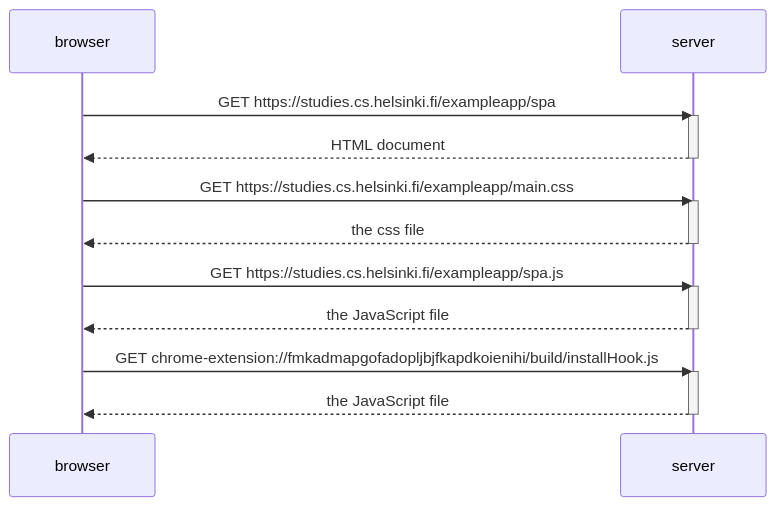
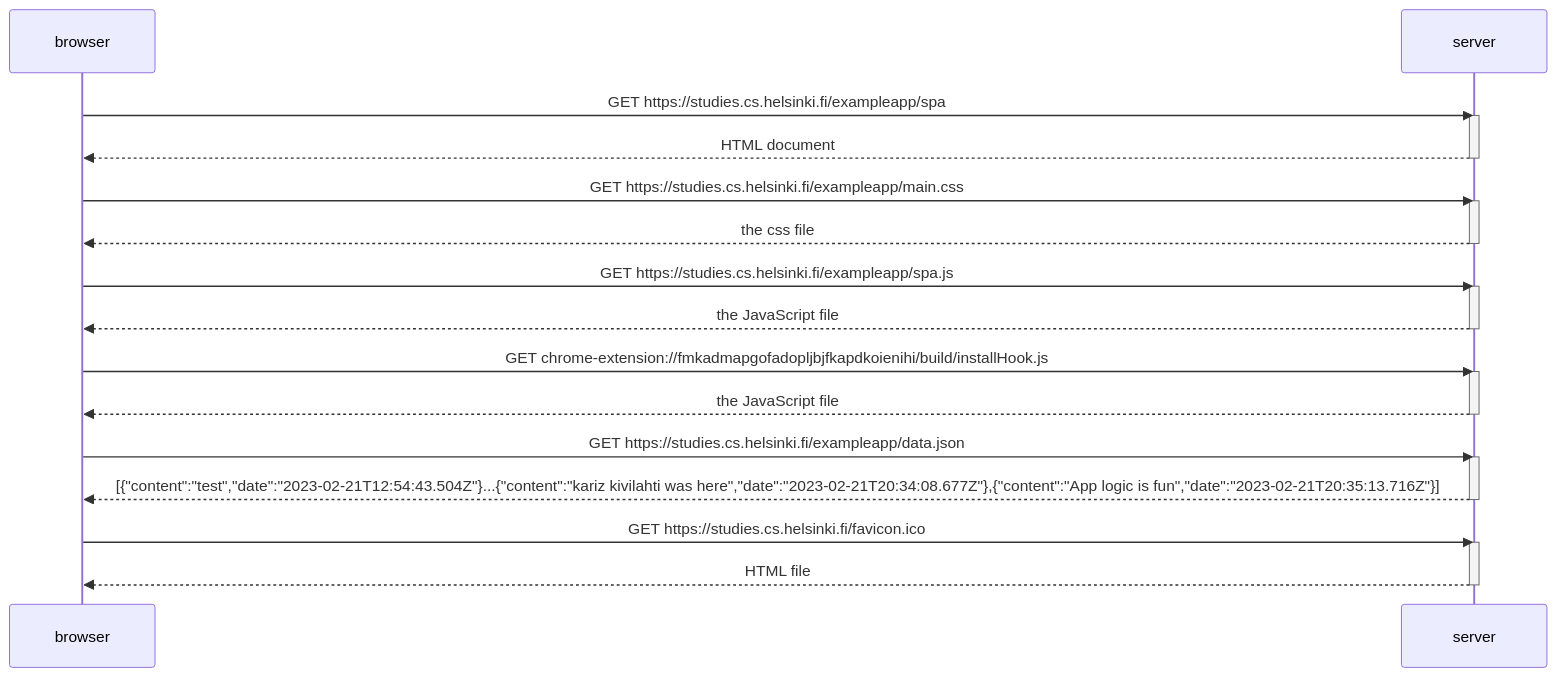
The second of 2 diagrams in OSA0/readme.md (RitaMilk/FSHY2023), drawn with Mermaid before and after one commit.

````diff
--- a/OSA0/readme.md
+++ b/OSA0/readme.md
@@ -46,26 +46,36 @@
 ```mermaid
 
 sequenceDiagram
     participant browser
     participant server
 
     browser->>server: GET https://studies.cs.helsinki.fi/exampleapp/spa
     activate server
     server-->>browser: HTML document
     deactivate server
 	
     browser->>server: GET https://studies.cs.helsinki.fi/exampleapp/main.css
     activate server
     server-->>browser: the css file
     deactivate server
 
     browser->>server: GET https://studies.cs.helsinki.fi/exampleapp/spa.js
     activate server
     server-->>browser: the JavaScript file
     deactivate server
 
     browser->>server: GET chrome-extension://fmkadmapgofadopljbjfkapdkoienihi/build/installHook.js
     activate server
     server-->>browser: the JavaScript file
     deactivate server
+    
+    browser->>server: GET https://studies.cs.helsinki.fi/exampleapp/data.json
+    activate server
+    server-->>browser: [{"content":"test","date":"2023-02-21T12:54:43.504Z"}...{"content":"kariz kivilahti was here","date":"2023-02-21T20:34:08.677Z"},{"content":"App logic is fun","date":"2023-02-21T20:35:13.716Z"}]
+    deactivate server
+    
+     browser->>server: GET https://studies.cs.helsinki.fi/favicon.ico
+    activate server
+    server-->>browser: HTML file
+    deactivate server
 ```
````
